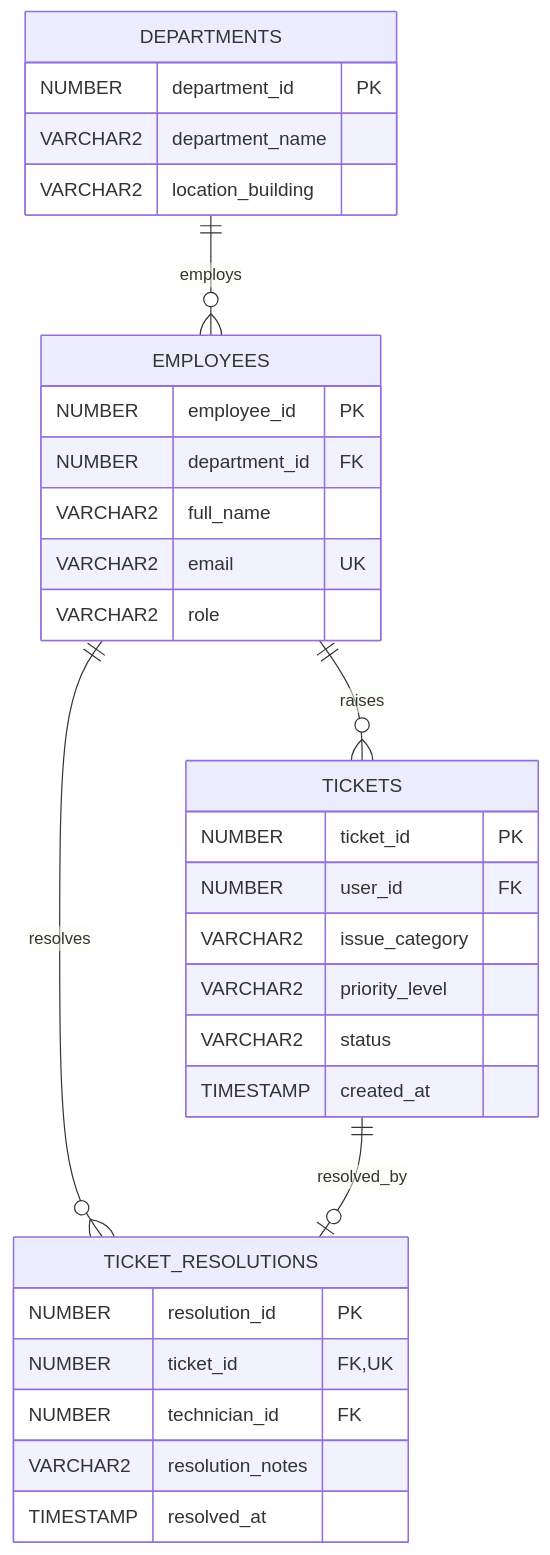
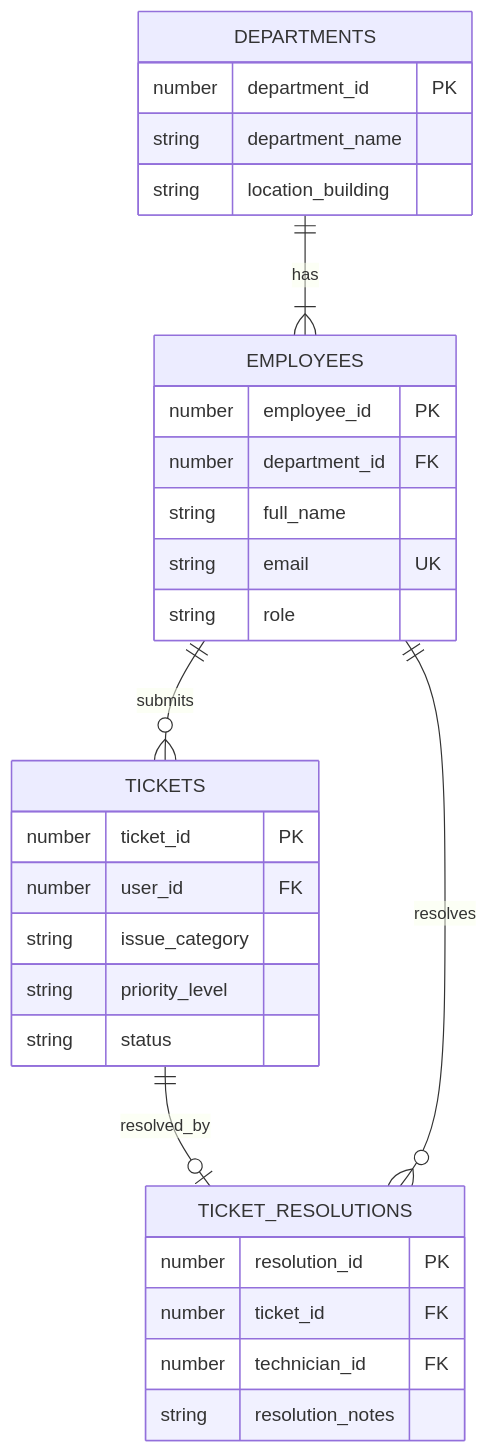
One commit to ArnavGoel77/ticketing-system changed the second of 2 diagrams in README.md. Above: the diagram before and after it, drawn with Mermaid. The commit also changed other lines of this file, not shown here.

Commit message:
Update course title to Database Systems, remove course code, and clean up flowcharts

````diff
--- a/README.md
+++ b/README.md
@@ -59,38 +54,36 @@
 ```mermaid
 erDiagram
-    DEPARTMENTS ||--o{ EMPLOYEES : "employs"
-    EMPLOYEES ||--o{ TICKETS : "raises"
+    DEPARTMENTS ||--|{ EMPLOYEES : "has"
+    EMPLOYEES ||--o{ TICKETS : "submits"
+    TICKETS ||--o| TICKET_RESOLUTIONS : "resolved_by"
     EMPLOYEES ||--o{ TICKET_RESOLUTIONS : "resolves"
-    TICKETS ||--o| TICKET_RESOLUTIONS : "resolved_by"
 
     DEPARTMENTS {
-        NUMBER department_id PK
-        VARCHAR2 department_name
-        VARCHAR2 location_building
+        number department_id PK
+        string department_name
+        string location_building
     }
 
     EMPLOYEES {
-        NUMBER employee_id PK
-        NUMBER department_id FK
-        VARCHAR2 full_name
-        VARCHAR2 email UK
-        VARCHAR2 role
+        number employee_id PK
+        number department_id FK
+        string full_name
+        string email UK
+        string role
     }
 
     TICKETS {
-        NUMBER ticket_id PK
-        NUMBER user_id FK
-        VARCHAR2 issue_category
-        VARCHAR2 priority_level
-        VARCHAR2 status
-        TIMESTAMP created_at
+        number ticket_id PK
+        number user_id FK
+        string issue_category
+        string priority_level
+        string status
     }
 
     TICKET_RESOLUTIONS {
-        NUMBER resolution_id PK
-        NUMBER ticket_id FK, UK
-        NUMBER technician_id FK
-        VARCHAR2 resolution_notes
-        TIMESTAMP resolved_at
+        number resolution_id PK
+        number ticket_id FK
+        number technician_id FK
+        string resolution_notes
     }
 ```
````
